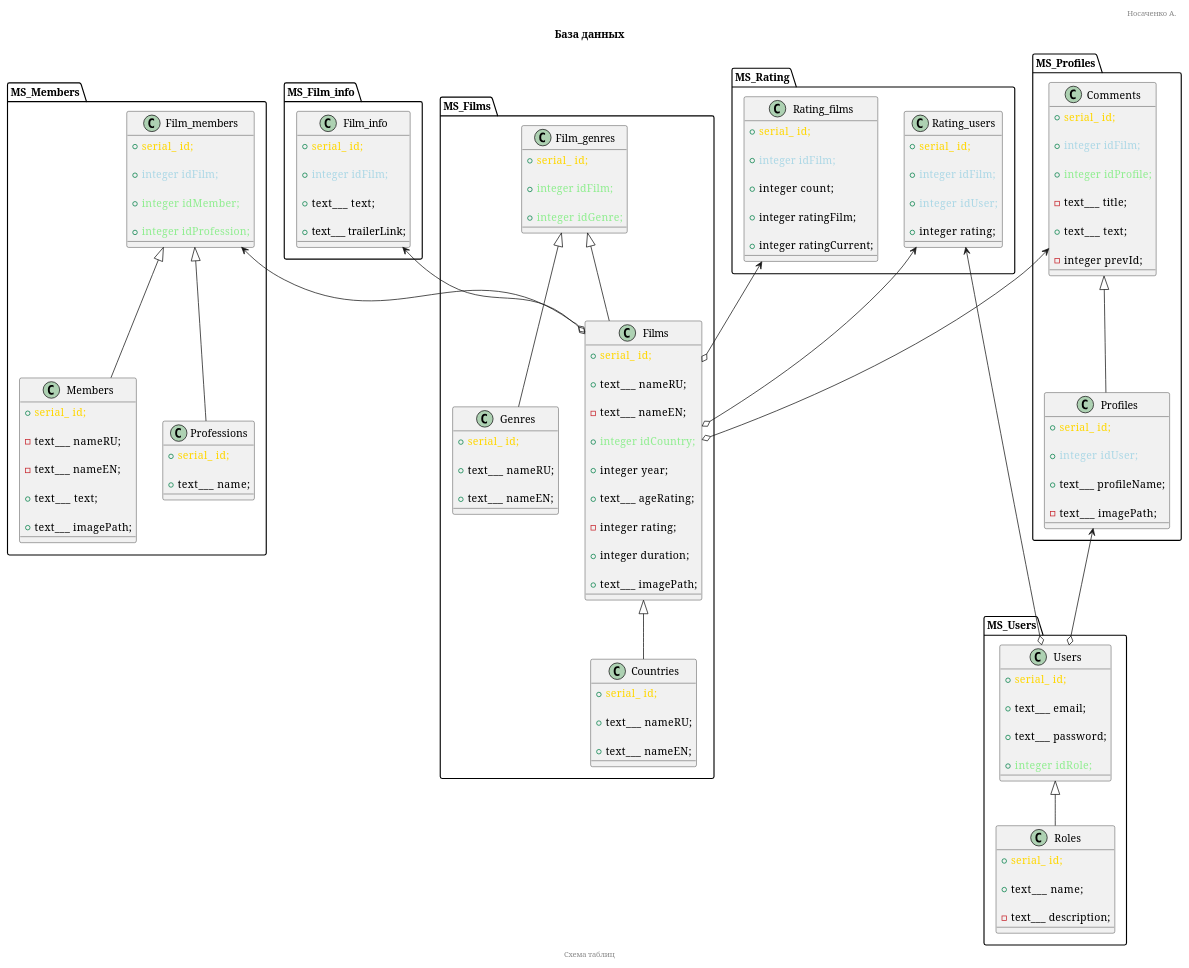
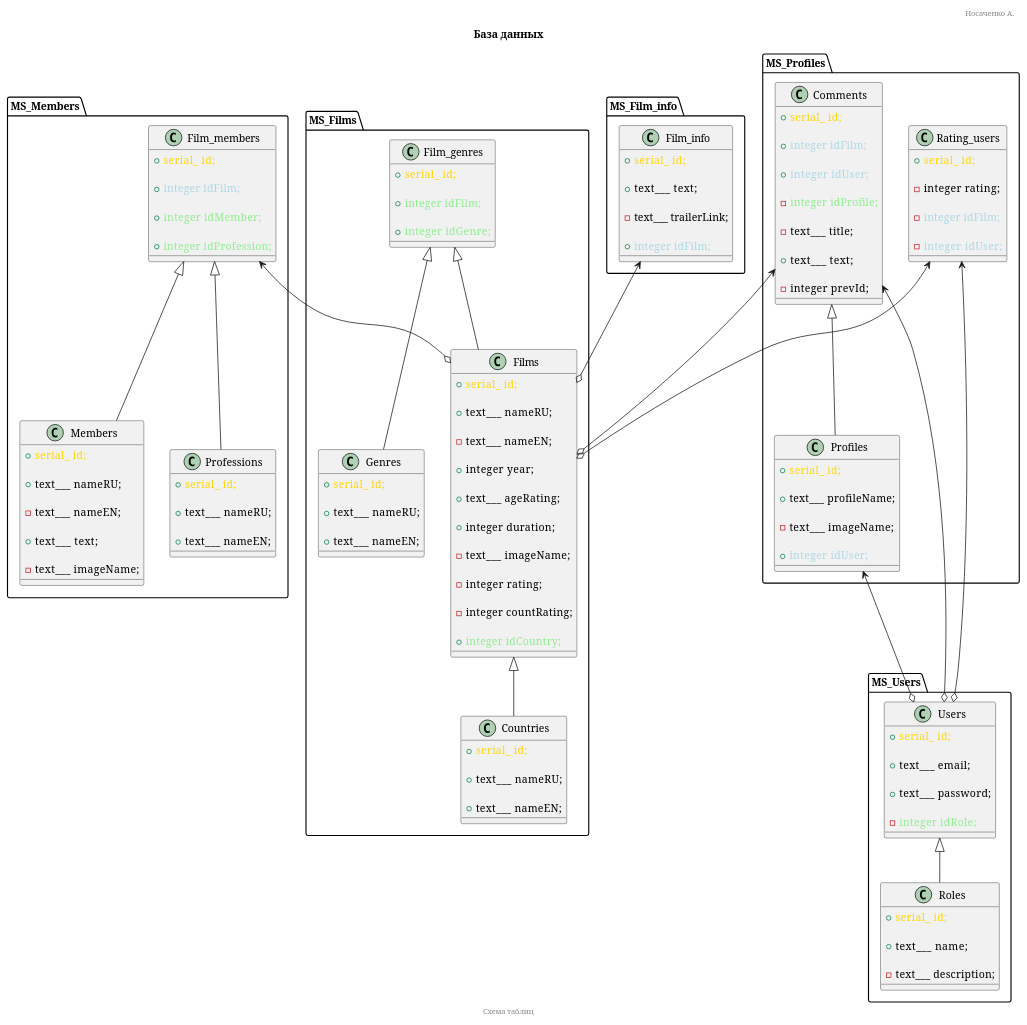
Before and after one commit to Keronon/__learnjs_Project_A: the diagram in DB_struct.plantuml, drawn with PlantUML.

```diff
--- a/DB_struct.plantuml
+++ b/DB_struct.plantuml
@@ -1,5 +1,4 @@
 @startuml
-
 
 title  База данных
 header Носаченко А.
@@ -30,20 +29,22 @@
 {
   + <font color="gold"      >serial_   id;
 
-  - text___   nameRU;
+  + text___   nameRU;
 
   - text___   nameEN;
 
   + text___   text;
 
-  + text___   imagePath;
+  - text___   imageName;
 }
 
 class Professions
 {
   + <font color="gold"      >serial_   id;
 
-  + text___   name;
+  + text___   nameRU;
+
+  + text___   nameEN;
 }
 
 }
@@ -64,17 +65,19 @@
 
   - text___   nameEN;
 
-  + <font color="lightgreen">integer   idCountry;
-
   + integer   year;
 
   + text___   ageRating;
 
+  + integer   duration;
+
+  - text___   imageName;
+
   - integer   rating;
 
-  + integer   duration;
+  - integer   countRating;
 
-  + text___   imagePath;
+  + <font color="lightgreen">integer   idCountry;
 }
 
 class Countries
@@ -118,45 +121,11 @@
 {
   + <font color="gold"      >serial_   id;
 
-  + <font color="lightblue" >integer   idFilm;
-
   + text___   text;
 
-  + text___   trailerLink;
-}
-
-}
-
-
-' = = = = = = = =
-' = = = MiS = = =
-' = = = = = = = =
-
-
-namespace MS_Rating {
-
-class Rating_films
-{
-  + <font color="gold"      >serial_   id;
+  - text___   trailerLink;
 
   + <font color="lightblue" >integer   idFilm;
-
-  + integer   count;
-
-  + integer   ratingFilm;
-
-  + integer   ratingCurrent;
-}
-
-class Rating_users
-{
-  + <font color="gold"      >serial_   id;
-
-  + <font color="lightblue" >integer   idFilm;
-
-  + <font color="lightblue" >integer   idUser;
-
-  + integer   rating;
 }
 
 }
@@ -173,11 +142,11 @@
 {
   + <font color="gold"      >serial_   id;
 
-  + <font color="lightblue" >integer   idUser;
-
   + text___   profileName;
 
-  - text___   imagePath;
+  - text___   imageName;
+
+  + <font color="lightblue" >integer   idUser;
 }
 
 class Comments
@@ -186,13 +155,26 @@
 
   + <font color="lightblue" >integer   idFilm;
 
-  + <font color="lightgreen">integer   idProfile;
+  + <font color="lightblue" >integer   idUser;
+
+  - <font color="lightgreen">integer   idProfile;
 
   - text___   title;
 
   + text___   text;
 
   - integer   prevId;
+}
+
+class Rating_users
+{
+  + <font color="gold"      >serial_   id;
+
+  - integer   rating;
+
+  - <font color="lightblue" >integer   idFilm;
+
+  - <font color="lightblue" >integer   idUser;
 }
 
 }
@@ -213,7 +195,7 @@
 
   + text___   password;
 
-  + <font color="lightgreen">integer   idRole;
+  - <font color="lightgreen">integer   idRole;
 }
 
 class Roles
@@ -254,13 +236,12 @@
 
 Film_info    <--o Films
 
-Rating_films <--o Films
 Rating_users <--o Films
 Rating_users <--o Users
 
+Comments     <--o Users
 Comments     <--o Films
 
 Profiles     <--o Users
 
-
 @enduml
```
